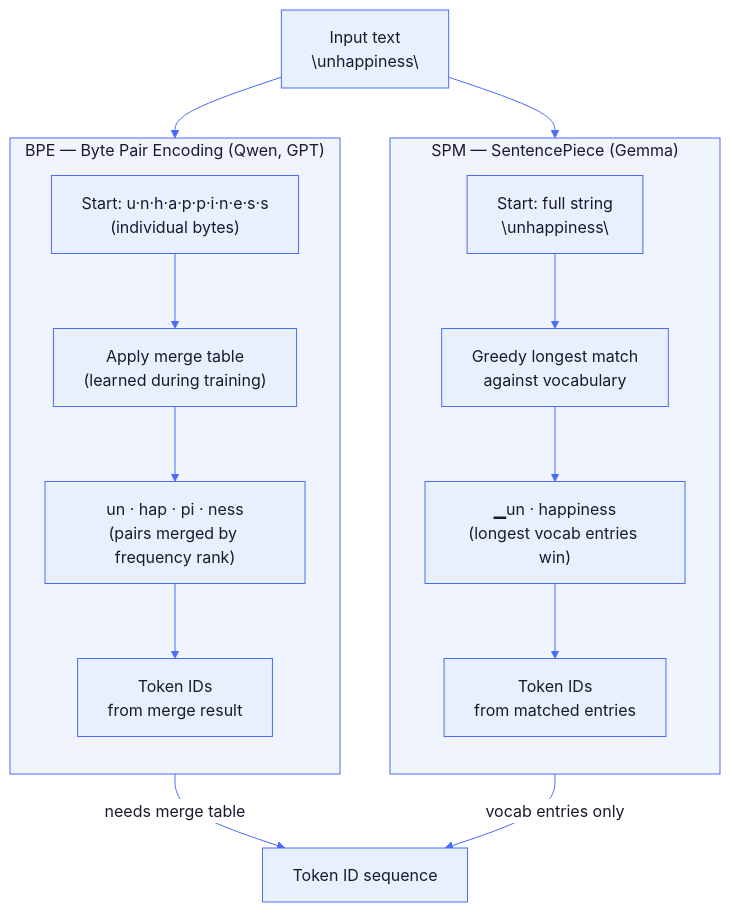
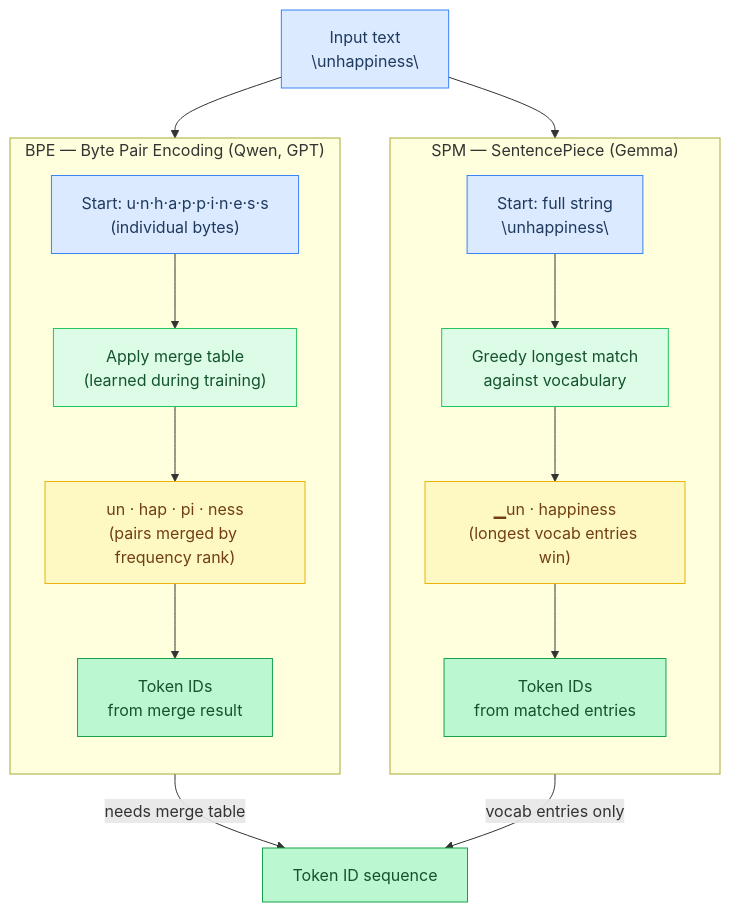
The third of 7 diagrams in docs/tutorial/01-tokens-and-text.md (maci0/agave), drawn with Mermaid before and after one commit. The commit also changed other lines of this file and 24 other files, not shown here.

First line of the commit message:
docs: convert all mermaid diagrams to classDef semantic colors

````diff
--- a/docs/tutorial/01-tokens-and-text.md
+++ b/docs/tutorial/01-tokens-and-text.md
@@ -99,42 +95,36 @@
 ```mermaid
-%%{init: {'theme': 'base', 'themeVariables': {
-  'primaryColor': '#e8f0fe',
-  'primaryTextColor': '#1a1a2e',
-  'primaryBorderColor': '#4a6cf7',
-  'lineColor': '#4a6cf7',
-  'secondaryColor': '#f0f4ff',
-  'tertiaryColor': '#f8f9ff',
-  'edgeLabelBackground': '#ffffff',
-  'clusterBkg': '#f0f4ff',
-  'clusterBorder': '#4a6cf7',
-  'titleColor': '#1a1a2e',
-  'nodeTextColor': '#1a1a2e',
-  'fontFamily': 'ui-monospace, SFMono-Regular, monospace'
-}}}%%
 flowchart TB
-    Input["Input text\n\"unhappiness\""]
+    classDef setup     fill:#dbeafe,stroke:#3b82f6,color:#1e3a5f
+    classDef sync      fill:#dcfce7,stroke:#22c55e,color:#14532d
+    classDef migration fill:#fef9c3,stroke:#eab308,color:#713f12
+    classDef success   fill:#bbf7d0,stroke:#16a34a,color:#14532d
+    classDef danger    fill:#fee2e2,stroke:#ef4444,color:#7f1d1d
+    classDef optional  fill:#f3e8ff,stroke:#9333ea,color:#581c87
+
+    Input["Input text\n\"unhappiness\""]:::setup
+    Out["Token ID sequence"]:::success
 
     subgraph BPE["BPE — Byte Pair Encoding (Qwen, GPT)"]
         direction TB
-        B1["Start: u·n·h·a·p·p·i·n·e·s·s\n(individual bytes)"]
-        B2["Apply merge table\n(learned during training)"]
-        B3["un · hap · pi · ness\n(pairs merged by frequency rank)"]
-        B4["Token IDs\nfrom merge result"]
+        B1["Start: u·n·h·a·p·p·i·n·e·s·s\n(individual bytes)"]:::setup
+        B2["Apply merge table\n(learned during training)"]:::sync
+        B3["un · hap · pi · ness\n(pairs merged by frequency rank)"]:::migration
+        B4["Token IDs\nfrom merge result"]:::success
         B1 --> B2 --> B3 --> B4
     end
 
     subgraph SPM["SPM — SentencePiece (Gemma)"]
         direction TB
-        S1["Start: full string\n\"unhappiness\""]
-        S2["Greedy longest match\nagainst vocabulary"]
-        S3["▁un · happiness\n(longest vocab entries win)"]
-        S4["Token IDs\nfrom matched entries"]
+        S1["Start: full string\n\"unhappiness\""]:::setup
+        S2["Greedy longest match\nagainst vocabulary"]:::sync
+        S3["▁un · happiness\n(longest vocab entries win)"]:::migration
+        S4["Token IDs\nfrom matched entries"]:::success
         S1 --> S2 --> S3 --> S4
     end
 
     Input --> BPE
     Input --> SPM
 
-    BPE -->|"needs merge table"| Out["Token ID sequence"]
+    BPE -->|"needs merge table"| Out
     SPM -->|"vocab entries only"| Out
 ```
````
